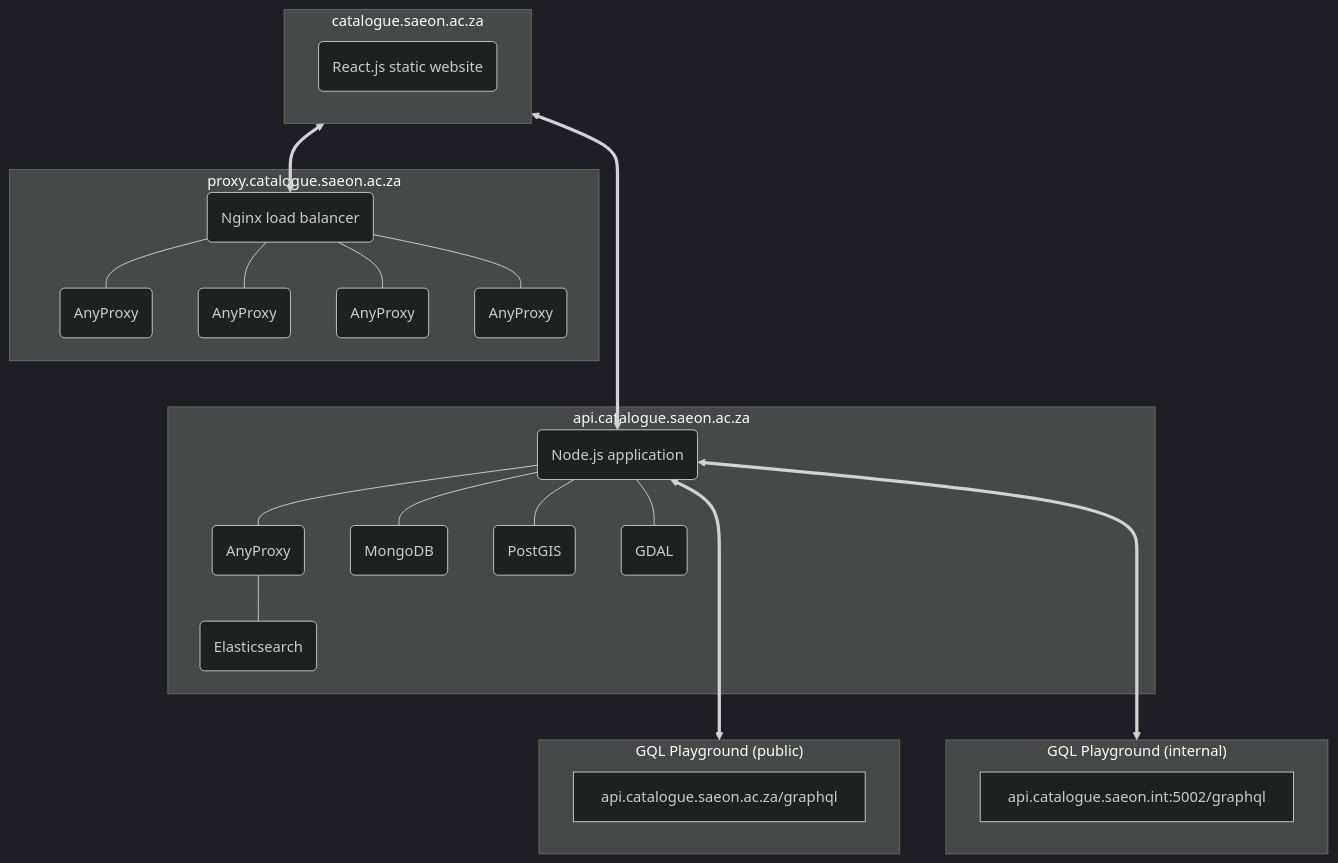
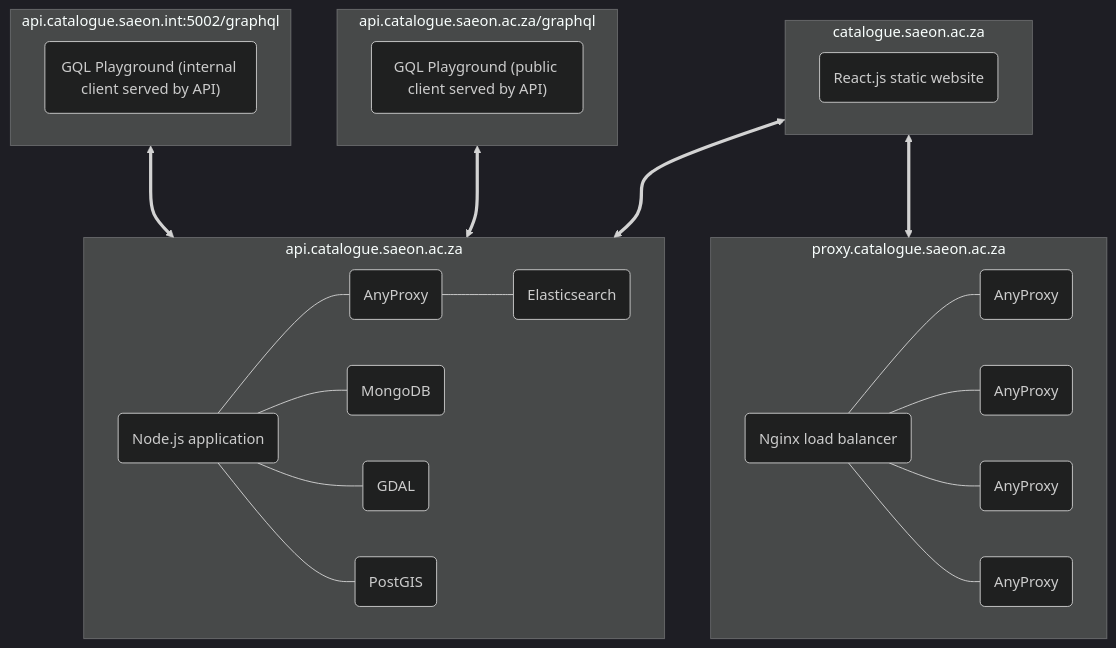
One commit to SAEON/data-portal changed the diagram in diagrams/src/user-view.mmd. Above: the diagram before and after it, drawn with Mermaid (dark theme). The commit also changed other lines of this file, not shown here.

Commit message:
Updated user view

```diff
--- a/diagrams/src/user-view.mmd
+++ b/diagrams/src/user-view.mmd
@@ -1,40 +1,40 @@
 flowchart TD
   subgraph client ["catalogue.saeon.ac.za"]
       _client("React.js static website")
   end
 
-  subgraph gql_public ["GQL Playground (public)"]
-    api.catalogue.saeon.ac.za/graphql
+  subgraph gql_public ["api.catalogue.saeon.ac.za/graphql"]
+    _gql1("GQL Playground (public client served by API)")
   end
 
-subgraph gql_internal ["GQL Playground (internal)"]
-    api.catalogue.saeon.int:5002/graphql
+  subgraph gql_internal ["api.catalogue.saeon.int:5002/graphql"]
+    _gql2("GQL Playground (internal client served by API)")
   end
   
   subgraph api ["api.catalogue.saeon.ac.za"]
       _api("Node.js application")
       _internal_proxy("AnyProxy")
       _mongo("MongoDB")
       _postgis("PostGIS")
       _gdal("GDAL")
       _elasticsearch("Elasticsearch")
 
       _api --- _internal_proxy
       _api --- _mongo
       _api --- _gdal
       _api --- _postgis
       _internal_proxy --- _elasticsearch
   end
 
   subgraph public_proxy ["proxy.catalogue.saeon.ac.za"]
-      _nginx("Nginx load balancer")
-      _nginx --- _proxy_2("AnyProxy")
-      _nginx --- _proxy_3("AnyProxy")
-      _nginx --- _proxy_4("AnyProxy")
-      _nginx --- _proxy_5("AnyProxy")
+      _proxy("Nginx load balancer")
+      _proxy --- _proxy_2("AnyProxy")
+      _proxy --- _proxy_3("AnyProxy")
+      _proxy --- _proxy_4("AnyProxy")
+      _proxy --- _proxy_5("AnyProxy")
   end
 
-  _api <====> gql_public
-  _api <====> gql_internal
-  client <====> _api
-  client <==> _nginx
+  gql_internal <===> api
+  gql_public <===> api
+  client <===> api
+  client <===> public_proxy
```
